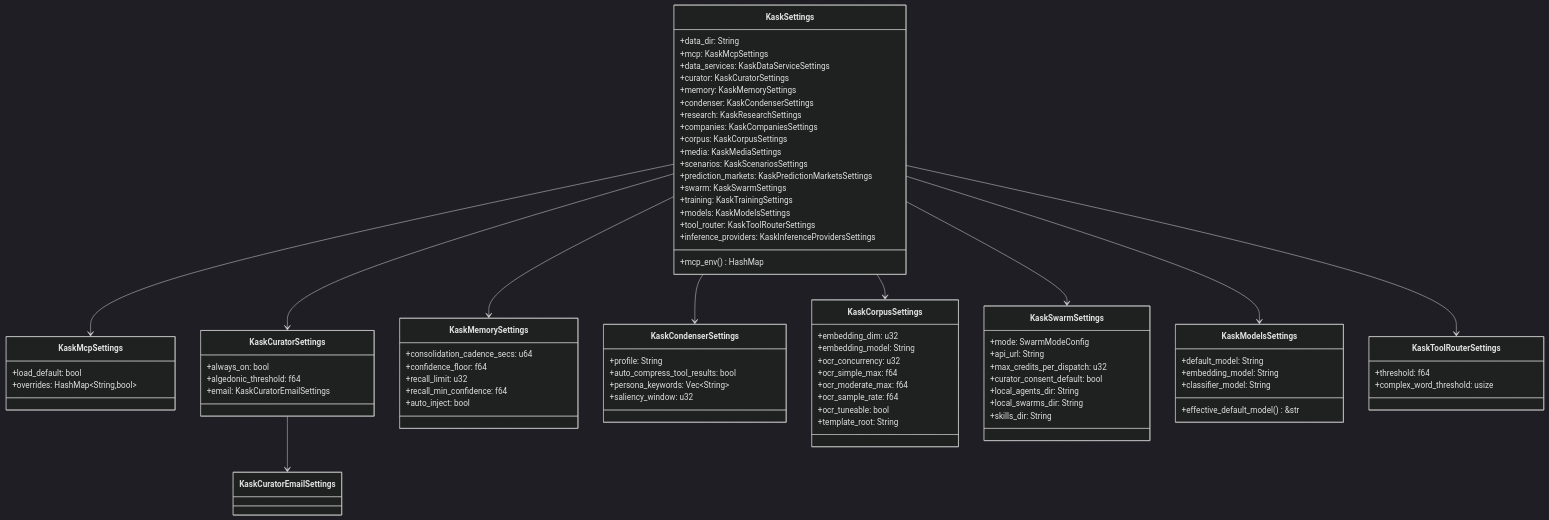
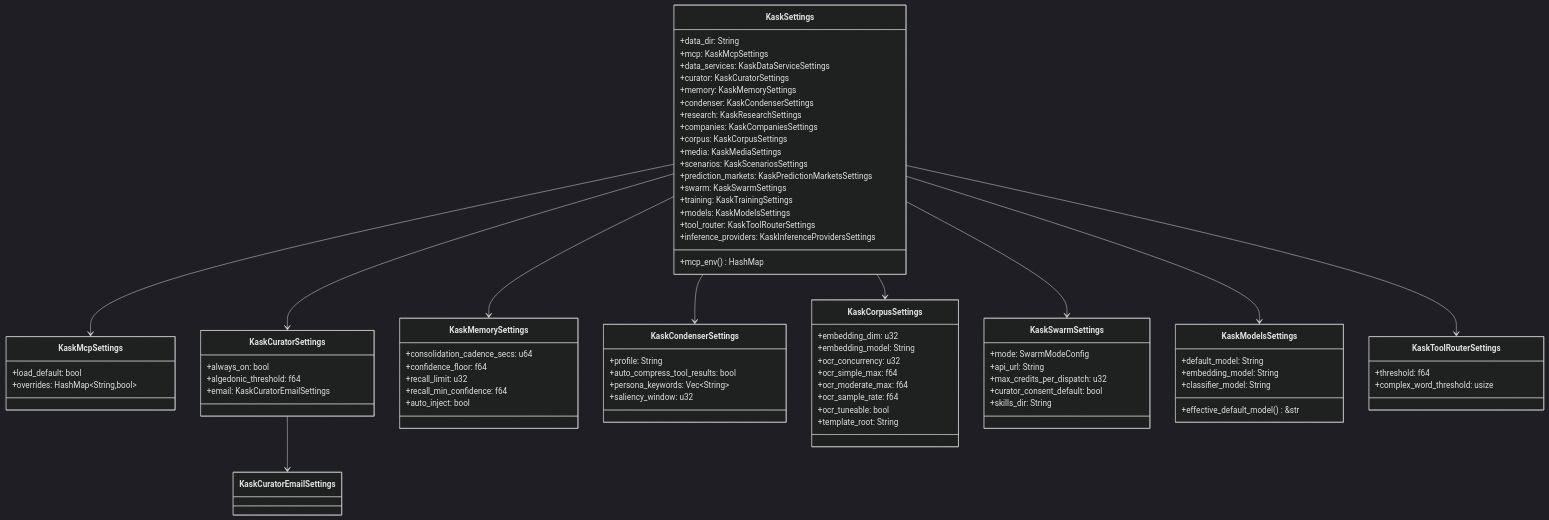
The first of 3 diagrams in kask/docs/diataxis/kask_bridge/reference.md (mdz-axo/zed-kask), drawn with Mermaid (dark theme) before and after one commit. The commit also changed other lines of this file and 23 other files, not shown here.

```diff
--- a/kask/docs/diataxis/kask_bridge/reference.md
+++ b/kask/docs/diataxis/kask_bridge/reference.md
@@ -173,8 +173,6 @@
         +api_url: String
         +max_credits_per_dispatch: u32
         +curator_consent_default: bool
-        +local_agents_dir: String
-        +local_swarms_dir: String
         +skills_dir: String
     }
     class KaskModelsSettings {
```
